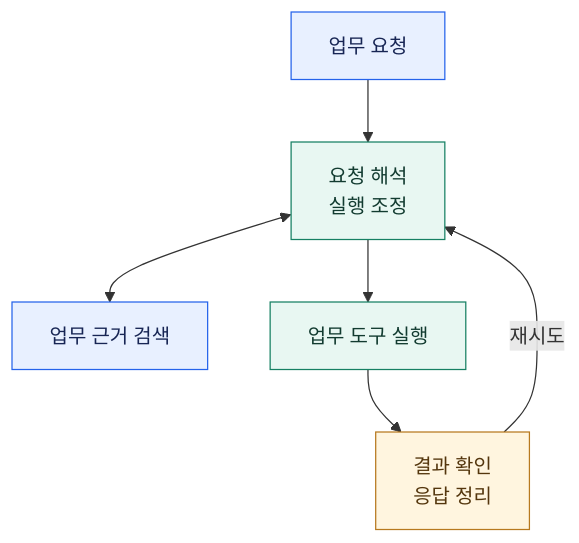
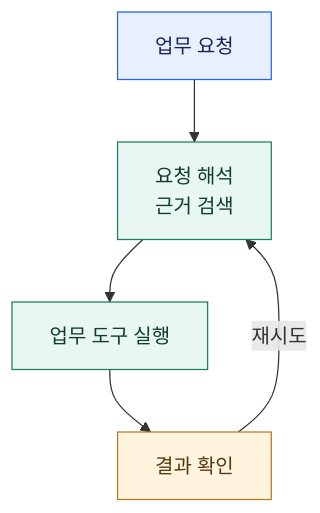
Before and after one commit to SJayKim/SJayKim: the second of 9 diagrams in README.md, drawn with Mermaid. The commit also changed other lines of this file, not shown here.

Commit message:
docs: balance all project summaries and diagrams

````diff
--- a/README.md
+++ b/README.md
@@ -57,15 +61,14 @@
 ```mermaid
 flowchart TB
-    REQUEST["업무 요청"] --> AGENT["요청 해석<br/>실행 조정"]
-    AGENT <--> SEARCH["업무 근거 검색"]
-    AGENT --> TOOLS["업무 도구 실행"]
-    TOOLS --> CHECK["결과 확인<br/>응답 정리"]
-    CHECK -- "재시도" --> AGENT
+    REQUEST["업무 요청"] --> CONTEXT["요청 해석<br/>근거 검색"]
+    CONTEXT --> TOOLS["업무 도구 실행"]
+    TOOLS --> CHECK["결과 확인"]
+    CHECK -- "재시도" --> CONTEXT
 
     classDef input fill:#e8f0ff,stroke:#2563eb,color:#172554
     classDef work fill:#e8f7f2,stroke:#168063,color:#123b30
     classDef result fill:#fff5df,stroke:#b7791f,color:#54360d
-    class REQUEST,SEARCH input
-    class AGENT,TOOLS work
+    class REQUEST input
+    class CONTEXT,TOOLS work
     class CHECK result
 ```
````
